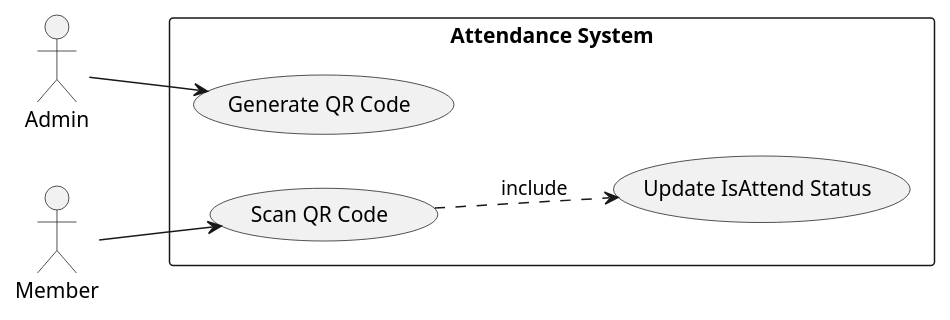
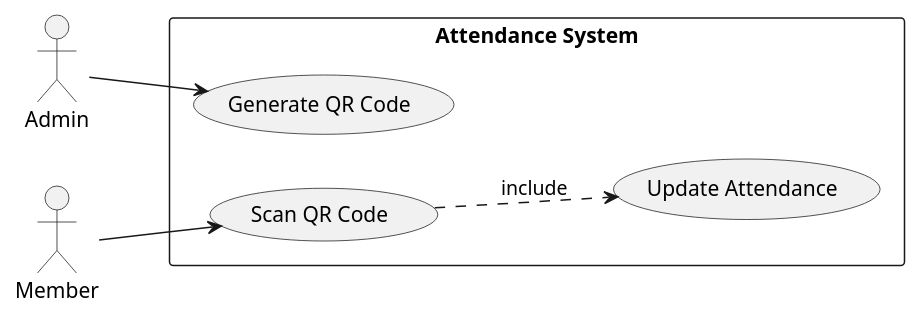
Before and after one commit to fwidjaya20/fazzlearning-uml: the diagram in UseCase/Release05/AttendanceSubSystem.wsd, drawn with PlantUML.

Commit message:
usecase: chaning usecase name into 'Update Attendance' instead of 'Update Is Attend Status'

```diff
--- a/UseCase/Release05/AttendanceSubSystem.wsd
+++ b/UseCase/Release05/AttendanceSubSystem.wsd
@@ -1,19 +1,19 @@
 @startuml AttendanceSubSystem
 
 left to right direction
 
 skinparam Monochrome true
 skinparam Shadowing false
 skinparam packageStyle rectangle
 
 actor Admin
 actor Member
 
 rectangle "Attendance System" {
     Admin --> (Generate QR Code)
     Member --> (Scan QR Code)
 
-    (Scan QR Code) ..> (Update IsAttend Status) : include
+    (Scan QR Code) ..> (Update Attendance) : include
 }
 
 @enduml
```
